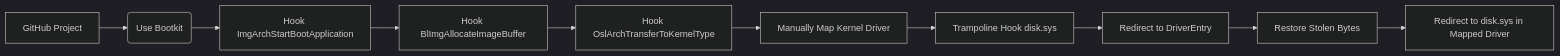
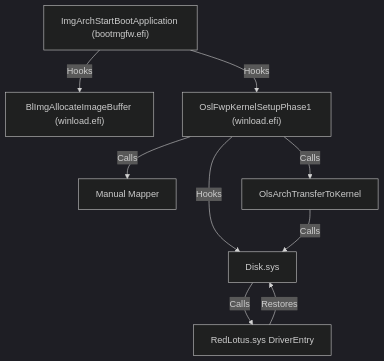
One commit to memN0ps/redlotus-rs changed the diagram in README.md. Above: the diagram before and after it, drawn with Mermaid (dark theme). The commit also changed other lines of this file, not shown here.

````diff
--- a/README.md
+++ b/README.md
@@ -32,12 +31,11 @@
 ```mermaid
-graph LR;
-    A[GitHub Project] --> B(Use Bootkit);
-    B --> C[Hook ImgArchStartBootApplication];
-    C --> D[Hook BlImgAllocateImageBuffer];
-    D --> E[Hook OslArchTransferToKernelType];
-    E --> F[Manually Map Kernel Driver];
-    F --> G[Trampoline Hook disk.sys];
-    G --> H[Redirect to DriverEntry];
-    H --> I[Restore Stolen Bytes];
-    I --> J[Redirect to disk.sys in Mapped Driver];
+graph TD;
+    A["ImgArchStartBootApplication (bootmgfw.efi)"] -->|Hooks| B["BlImgAllocateImageBuffer (winload.efi)"];
+    A -->|Hooks| C["OslFwpKernelSetupPhase1 (winload.efi)"];
+    C -->|Calls| D[Manual Mapper];
+    C -->|Hooks| E[Disk.sys];
+    C -->|Calls| F[OlsArchTransferToKernel];
+    F -->|Calls| E[Disk.sys];
+    E -->|Calls| G[RedLotus.sys DriverEntry];
+    G -->|Restores| E;
 ```
````
